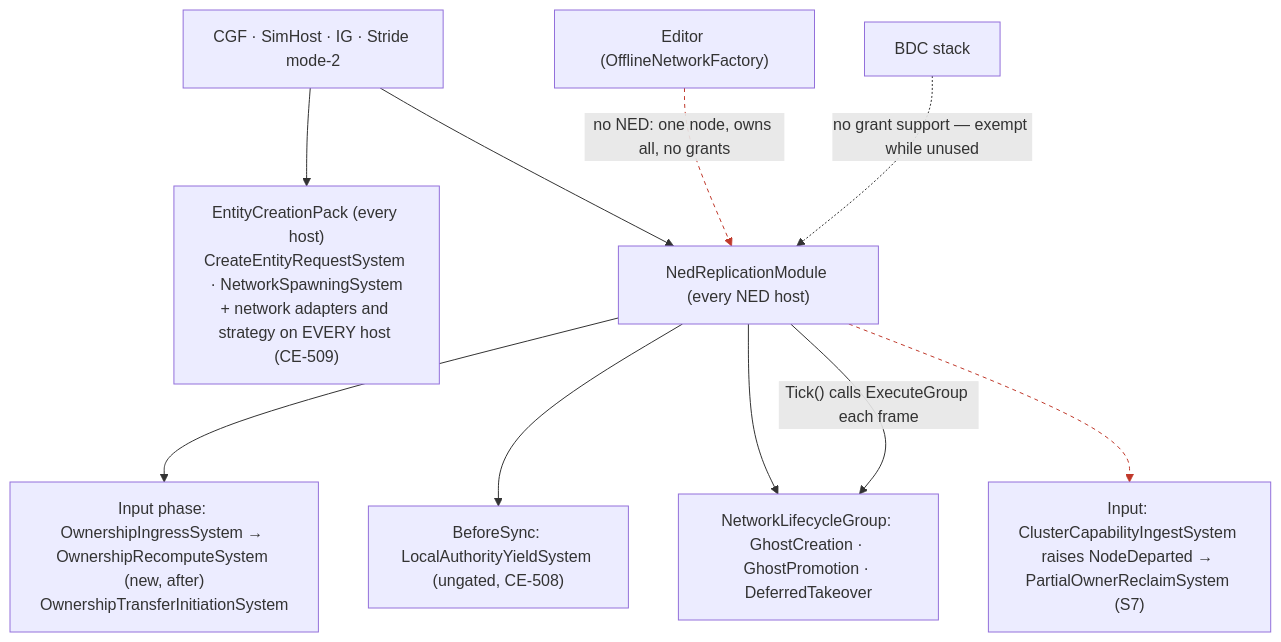
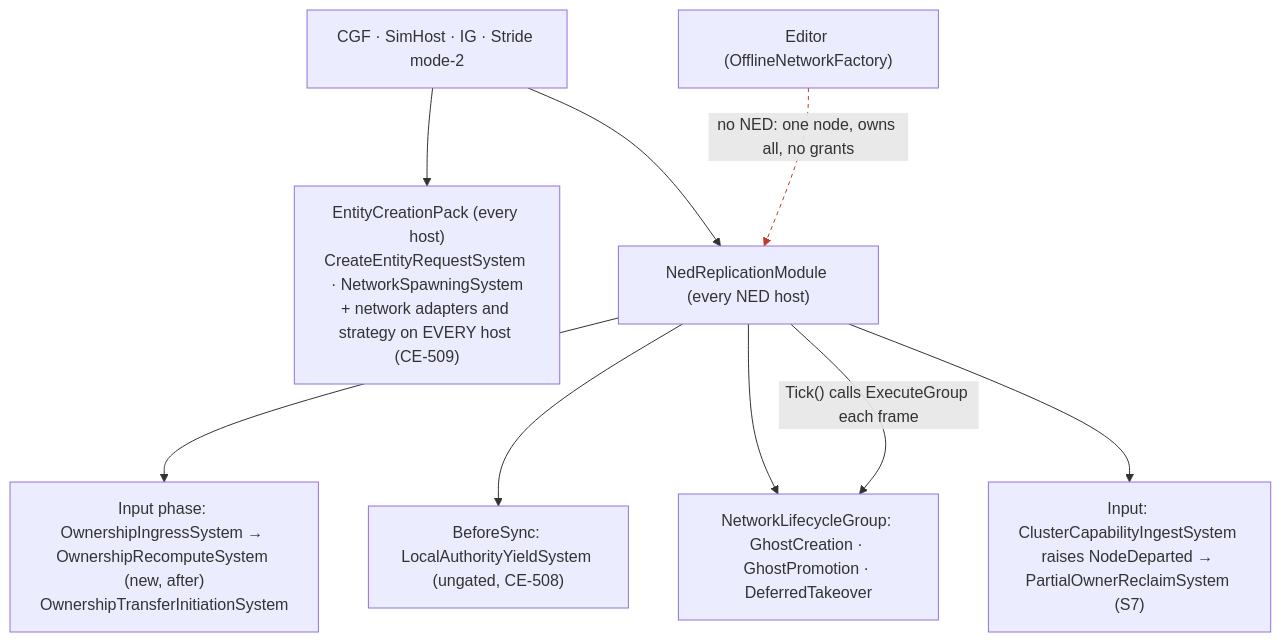
One commit to pjanec/HROT changed the fifth of 10 diagrams in docs/DESIGN_Ownership_Groups_And_Grants.md. Above: the diagram before and after it, drawn with Mermaid. The commit also changed other lines of this file and 137 other files, not shown here.

First line of the commit message:
R-4095 / CE-4077: remove the BDC network stack — Hrot.Network.BDC(+Tests), the runner's --network option, BDC wire rows and docs; the four TKB files take their NedTkb names

````diff
--- a/docs/DESIGN_Ownership_Groups_And_Grants.md
+++ b/docs/DESIGN_Ownership_Groups_And_Grants.md
@@ -374,14 +376,12 @@
 ```mermaid
 graph TD
   HOSTS["CGF · SimHost · IG · Stride mode-2"] --> ECP["EntityCreationPack (every host)<br/>CreateEntityRequestSystem · NetworkSpawningSystem<br/>+ network adapters and strategy on EVERY host (CE-509)"]
   HOSTS --> NED["NedReplicationModule (every NED host)"]
   NED --> IN["Input phase: OwnershipIngressSystem → OwnershipRecomputeSystem (new, after)<br/>OwnershipTransferInitiationSystem"]
   NED --> BS["BeforeSync: LocalAuthorityYieldSystem (ungated, CE-508)"]
   NED --> LG["NetworkLifecycleGroup: GhostCreation · GhostPromotion · DeferredTakeover"]
   NED -- "Tick() calls ExecuteGroup each frame" --> LG
   NED --> CI["Input: ClusterCapabilityIngestSystem raises NodeDeparted → PartialOwnerReclaimSystem (S7)"]
   ED["Editor (OfflineNetworkFactory)"] -. "no NED: one node, owns all, no grants" .-> NED
-  BDC["BDC stack"] -. "no grant support — exempt while unused" .-> NED
-  linkStyle 6 stroke:#c0392b,stroke-dasharray:4
   linkStyle 7 stroke:#c0392b,stroke-dasharray:4
 ```
````
